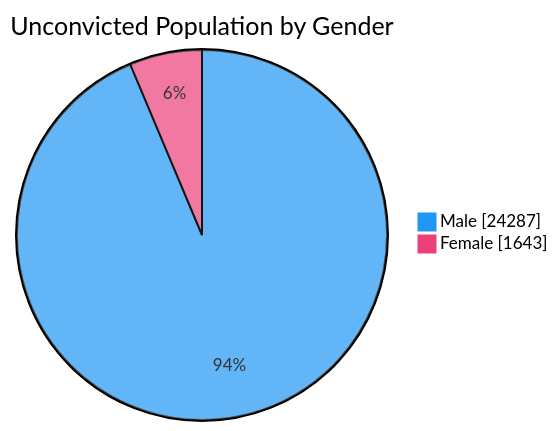
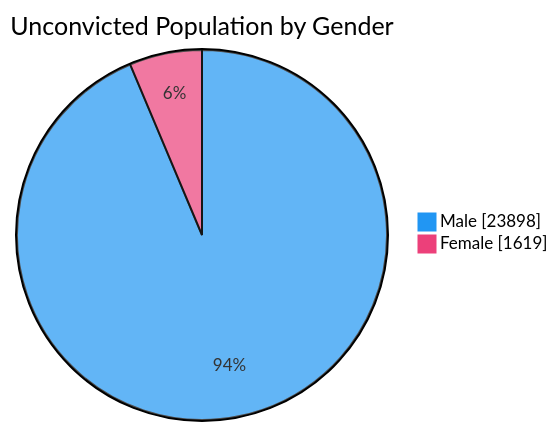
Before and after one commit to nuuuwan/lk_prisons: the fourth of 7 diagrams in README.md, drawn with Mermaid. The commit also changed other lines of this file and 1 other file, not shown here.

````diff
--- a/README.md
+++ b/README.md
@@ -76,6 +76,6 @@
 ```mermaid
 %%{init: {'themeVariables': {'pie1': '#2196F3', 'pie2': '#EC407A'}}}%%
 pie showData title Unconvicted Population by Gender
-    "Male" : 24287
-    "Female" : 1643
+    "Male" : 23898
+    "Female" : 1619
 ```
````
